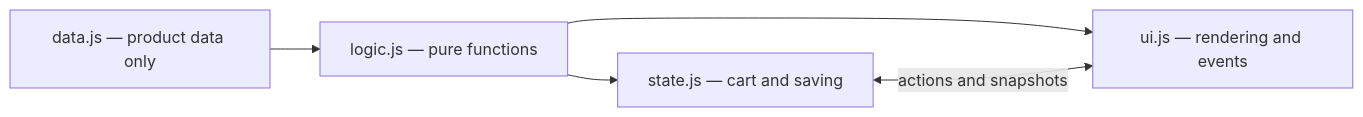
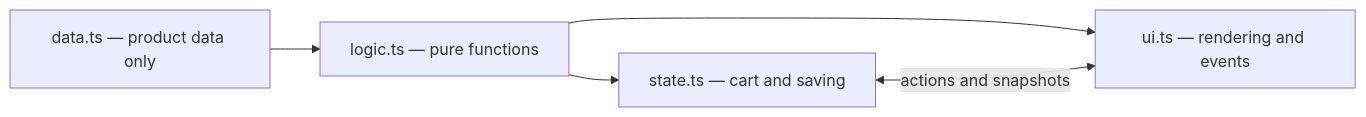
The diagram in docs/architecture.md (joudkattaa/shopBoard), drawn with Mermaid before and after one commit. The commit also changed other lines of this file and 87 other files, not shown here.

````diff
--- a/docs/architecture.md
+++ b/docs/architecture.md
@@ -5,7 +5,7 @@
 ```mermaid
 flowchart LR
-  Data["data.js — product data only"] --> Logic["logic.js — pure functions"]
-  Logic --> State["state.js — cart and saving"]
-  Logic --> UI["ui.js — rendering and events"]
+  Data["data.ts — product data only"] --> Logic["logic.ts — pure functions"]
+  Logic --> State["state.ts — cart and saving"]
+  Logic --> UI["ui.ts — rendering and events"]
   State <-->|"actions and snapshots"| UI
 ```
````
